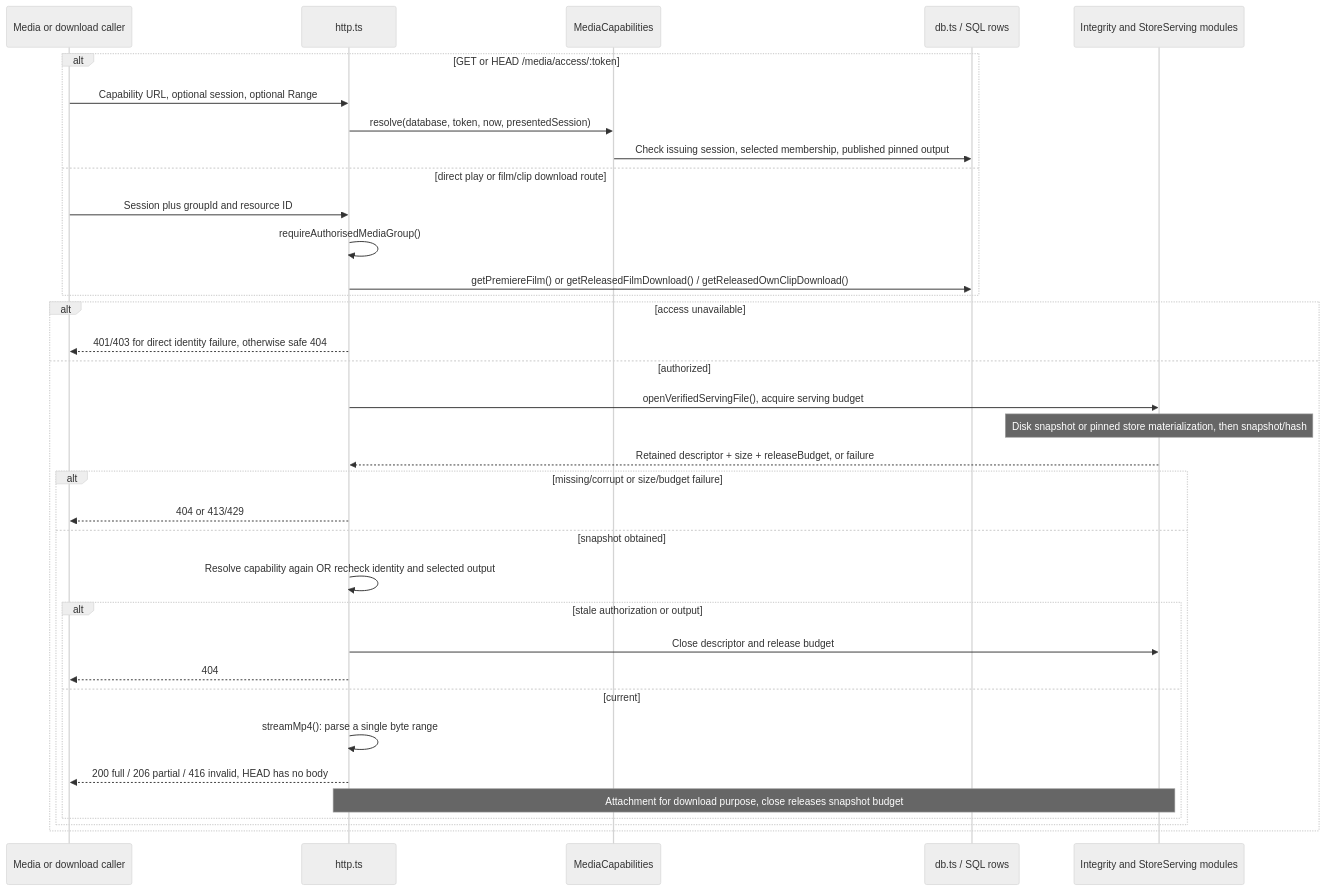
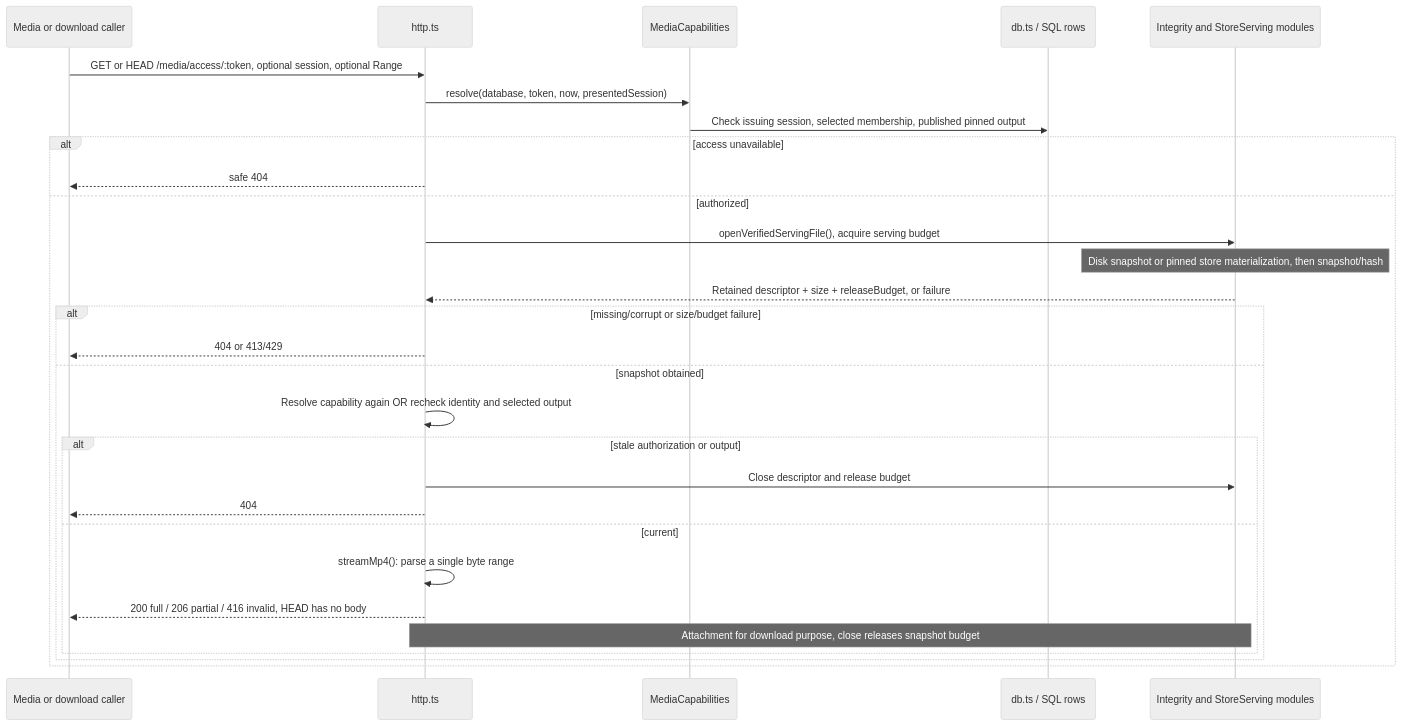
Before and after one commit to Collaboration95/rewind-app: the seventh of 11 diagrams in docs/design/playback.md, drawn with Mermaid (neutral theme). The commit also changed other lines of this file and 10 other files, not shown here.

First line of the commit message:
refactor(server)!: remove legacy direct media routes

````diff
--- a/docs/design/playback.md
+++ b/docs/design/playback.md
@@ -256,37 +256,31 @@
 ```mermaid
 sequenceDiagram
   participant B as Media or download caller
   participant H as http.ts
   participant G as MediaCapabilities
   participant D as db.ts / SQL rows
   participant V as Integrity and StoreServing modules
-  alt GET or HEAD /media/access/:token
-    B->>H: Capability URL, optional session, optional Range
-    H->>G: resolve(database, token, now, presentedSession)
-    G->>D: Check issuing session, selected membership, published pinned output
-  else direct play or film/clip download route
-    B->>H: Session plus groupId and resource ID
-    H->>H: requireAuthorisedMediaGroup()
-    H->>D: getPremiereFilm() or getReleasedFilmDownload() / getReleasedOwnClipDownload()
-  end
+  B->>H: GET or HEAD /media/access/:token, optional session, optional Range
+  H->>G: resolve(database, token, now, presentedSession)
+  G->>D: Check issuing session, selected membership, published pinned output
   alt access unavailable
-    H-->>B: 401/403 for direct identity failure, otherwise safe 404
+    H-->>B: safe 404
   else authorized
     H->>V: openVerifiedServingFile(), acquire serving budget
     Note over V: Disk snapshot or pinned store materialization, then snapshot/hash
     V-->>H: Retained descriptor + size + releaseBudget, or failure
     alt missing/corrupt or size/budget failure
       H-->>B: 404 or 413/429
     else snapshot obtained
       H->>H: Resolve capability again OR recheck identity and selected output
       alt stale authorization or output
         H->>V: Close descriptor and release budget
         H-->>B: 404
       else current
         H->>H: streamMp4(): parse a single byte range
         H-->>B: 200 full / 206 partial / 416 invalid, HEAD has no body
         Note over H,V: Attachment for download purpose, close releases snapshot budget
       end
     end
   end
 ```
````
